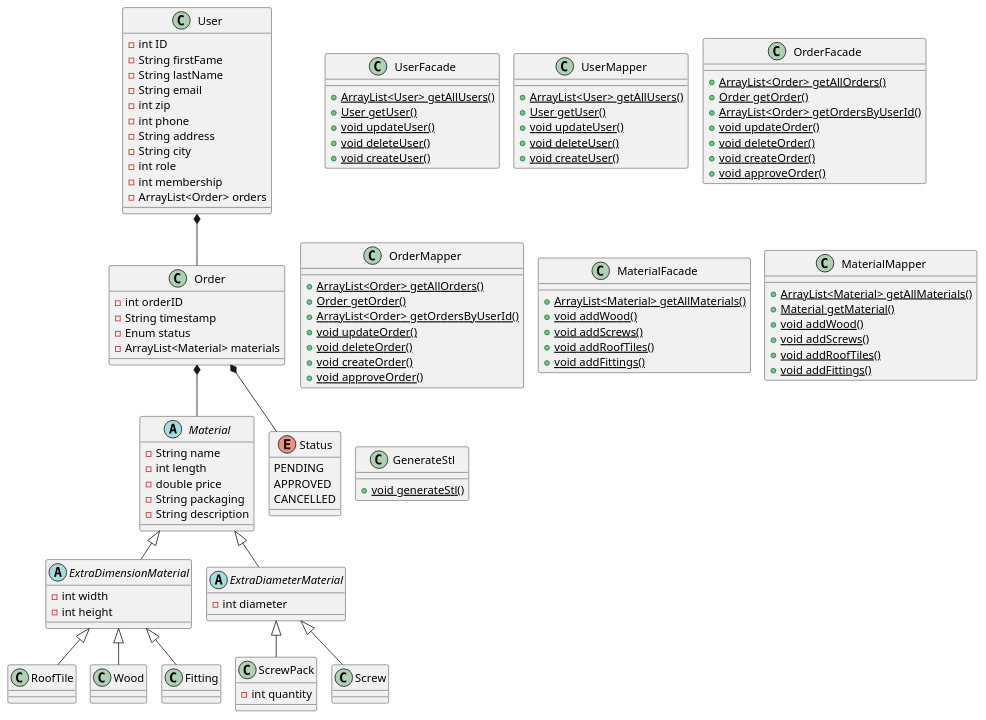
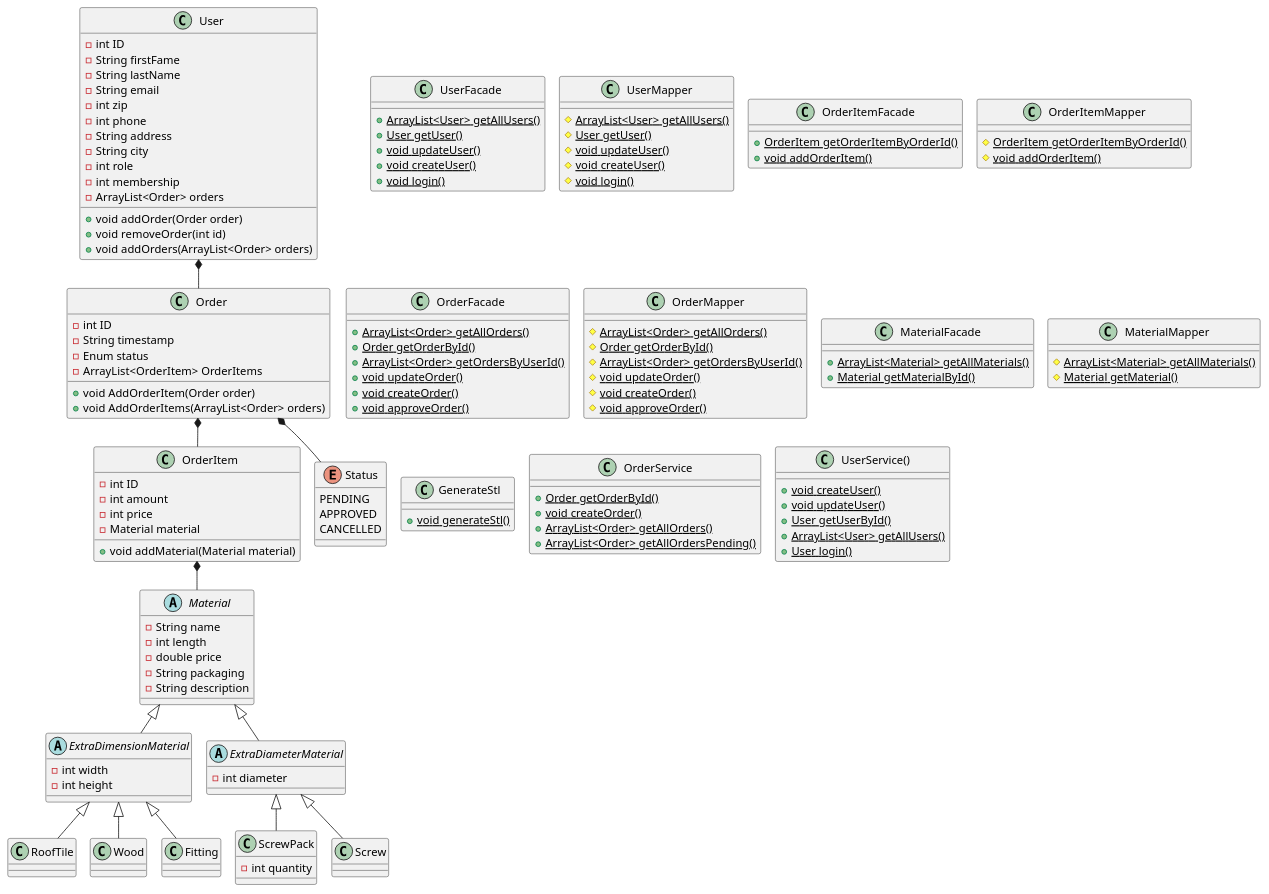
The diagram in documentation/ClassDiagramV3.puml (HeinLarsen/fog-carport), drawn with PlantUML before and after one commit.

Commit message:
updated class diagram

```diff
--- a/documentation/ClassDiagramV3.puml
+++ b/documentation/ClassDiagramV3.puml
@@ -1,135 +1,165 @@
 @startuml
 'https://plantuml.com/class-diagram
 
 !pragma layout smetana
 
 class User {
 - int ID
 - String firstFame
 - String lastName
 - String email
 - int zip
 - int phone
 - String address
 - String city
 - int role
 - int membership
 - ArrayList<Order> orders
++ void addOrder(Order order)
++ void removeOrder(int id)
++ void addOrders(ArrayList<Order> orders)
 }
 
 class UserFacade {
 + {static} ArrayList<User> getAllUsers()
 + {static} User getUser()
 + {static} void updateUser()
-+ {static} void deleteUser()
 + {static} void createUser()
++ {static} void login()
 }
 
 class UserMapper {
-+ {static} ArrayList<User> getAllUsers()
-+ {static} User getUser()
-+ {static} void updateUser()
-+ {static} void deleteUser()
-+ {static} void createUser()
+# {static} ArrayList<User> getAllUsers()
+# {static} User getUser()
+# {static} void updateUser()
+# {static} void createUser()
+# {static} void login()
+}
+
+class OrderItem {
+- int ID
+- int amount
+- int price
+- Material material
++ void addMaterial(Material material)
+}
+
+class OrderItemFacade {
++ {static} OrderItem getOrderItemByOrderId()
++ {static} void addOrderItem()
+}
+
+class OrderItemMapper {
+# {static} OrderItem getOrderItemByOrderId()
+# {static} void addOrderItem()
 }
 
 class Order {
-- int orderID
+- int ID
 - String timestamp
 - Enum status
-- ArrayList<Material> materials
+- ArrayList<OrderItem> OrderItems
++ void AddOrderItem(Order order)
++ void AddOrderItems(ArrayList<Order> orders)
 }
 
 class OrderFacade {
 + {static} ArrayList<Order> getAllOrders()
-+ {static} Order getOrder()
++ {static} Order getOrderById()
 + {static} ArrayList<Order> getOrdersByUserId()
 + {static} void updateOrder()
-+ {static} void deleteOrder()
 + {static} void createOrder()
 + {static} void approveOrder()
 }
 
 class OrderMapper {
-+ {static} ArrayList<Order> getAllOrders()
-+ {static} Order getOrder()
-+ {static} ArrayList<Order> getOrdersByUserId()
-+ {static} void updateOrder()
-+ {static} void deleteOrder()
-+ {static} void createOrder()
-+ {static} void approveOrder()
+# {static} ArrayList<Order> getAllOrders()
+# {static} Order getOrderById()
+# {static} ArrayList<Order> getOrdersByUserId()
+# {static} void updateOrder()
+# {static} void createOrder()
+# {static} void approveOrder()
 }
 
 class MaterialFacade {
 + {static} ArrayList<Material> getAllMaterials()
-+ {static} void addWood()
-+ {static} void addScrews()
-+ {static} void addRoofTiles()
-+ {static} void addFittings()
++ {static} Material getMaterialById()
 }
 
 class MaterialMapper {
-+ {static} ArrayList<Material> getAllMaterials()
-+ {static} Material getMaterial()
-+ {static} void addWood()
-+ {static} void addScrews()
-+ {static} void addRoofTiles()
-+ {static} void addFittings()
+# {static} ArrayList<Material> getAllMaterials()
+# {static} Material getMaterial()
 }
 
 class GenerateStl {
 + {static} void generateStl()
+}
+
+class OrderService {
++ {static} Order getOrderById()
++ {static} void createOrder()
++ {static} ArrayList<Order> getAllOrders()
++ {static} ArrayList<Order> getAllOrdersPending()
+}
+
+class UserService() {
++ {static} void createUser()
++ {static} void updateUser()
++ {static} User getUserById()
++ {static} ArrayList<User> getAllUsers()
++ {static} User login()
 }
 
 abstract class Material {
 - String name
 - int length
 - double price
 - String packaging
 - String description
 }
 
 abstract class ExtraDimensionMaterial {
 - int width
 - int height
 }
 
 class RoofTile {
 }
 
 class Wood {
 }
 
 class Fitting {
 }
 
 abstract class ExtraDiameterMaterial {
 - int diameter
 }
 
 class ScrewPack {
 - int quantity
 }
 
 class Screw {
 }
 
 Enum Status {
     PENDING
     APPROVED
     CANCELLED
 }
 
 Material <|-- ExtraDimensionMaterial
 ExtraDimensionMaterial <|-- RoofTile
 ExtraDimensionMaterial <|-- Wood
 ExtraDimensionMaterial <|-- Fitting
 Material <|-- ExtraDiameterMaterial
 ExtraDiameterMaterial <|-- ScrewPack
 ExtraDiameterMaterial <|-- Screw
 
-Order *-- Material
+Order *-- OrderItem
+OrderItem *-- Material
 Order *-- Status
 User *-- Order
 
 @enduml
```
